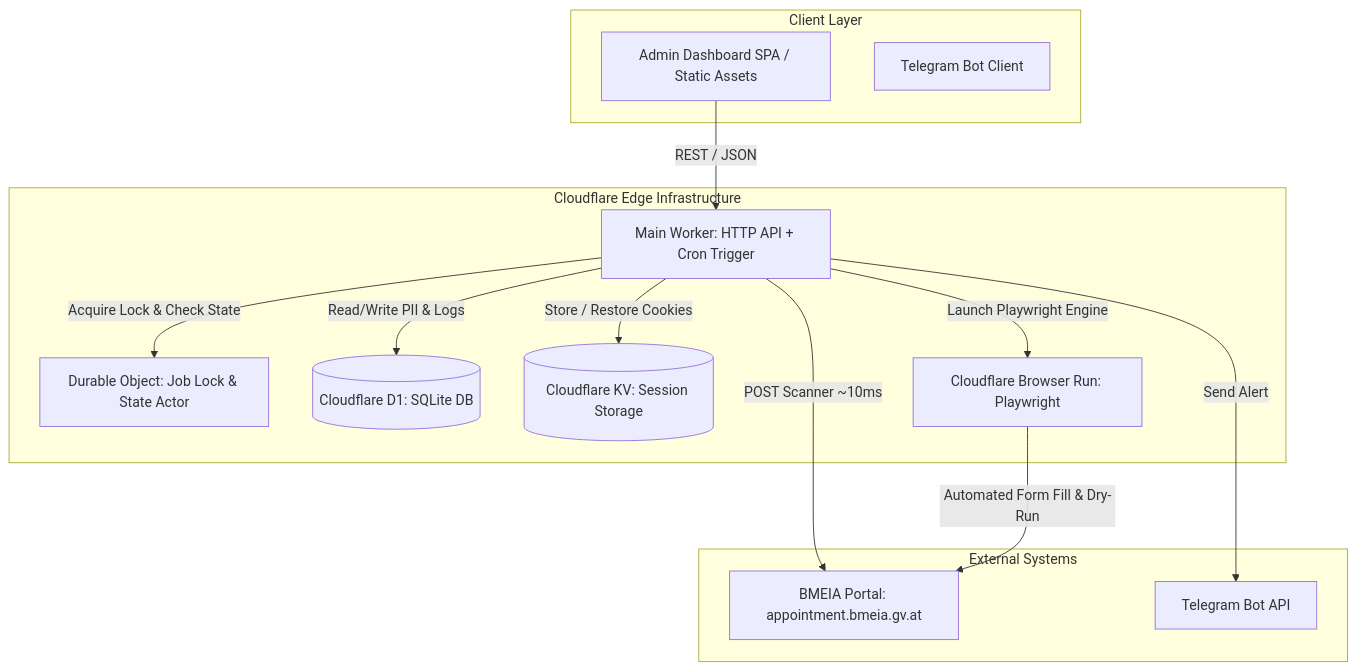
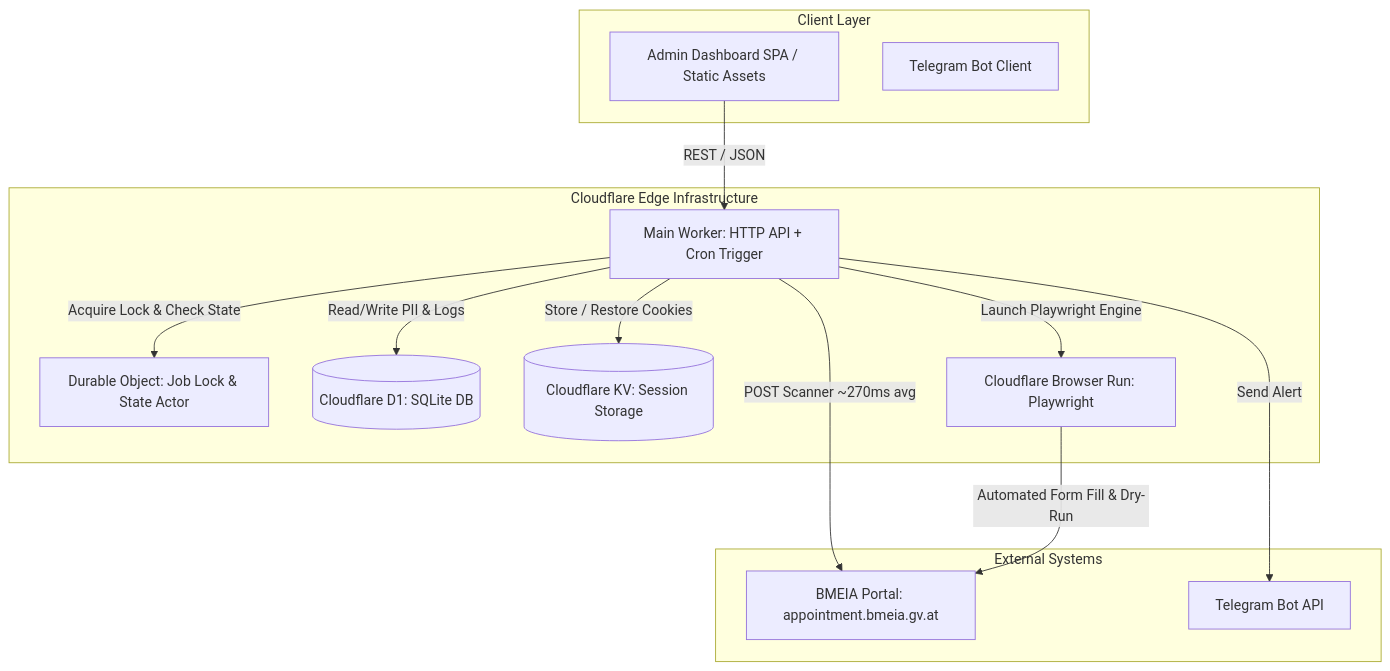
Before and after one commit to abdulsamed1/aegisflow: the first of 3 diagrams in docs/architecture.md, drawn with Mermaid. The commit also changed other lines of this file and 19 other files, not shown here.

````diff
--- a/docs/architecture.md
+++ b/docs/architecture.md
@@ -11,29 +11,29 @@
 ```mermaid
 flowchart TD
     subgraph Client Layer
         AdminUI[Admin Dashboard SPA / Static Assets]
         TGClient[Telegram Bot Client]
     end
 
     subgraph Cloudflare Edge Infrastructure
         Worker[Main Worker: HTTP API + Cron Trigger]
         DO[Durable Object: Job Lock & State Actor]
         D1[(Cloudflare D1: SQLite DB)]
         KV[(Cloudflare KV: Session Storage)]
         BrowserRun[Cloudflare Browser Run: Playwright]
     end
 
     subgraph External Systems
         BMEIA[BMEIA Portal: appointment.bmeia.gv.at]
         TelegramAPI[Telegram Bot API]
     end
 
     AdminUI -->|REST / JSON| Worker
     Worker -->|Read/Write PII & Logs| D1
     Worker -->|Acquire Lock & Check State| DO
     Worker -->|Store / Restore Cookies| KV
-    Worker -->|POST Scanner ~10ms| BMEIA
+    Worker -->|POST Scanner ~270ms avg| BMEIA
     Worker -->|Launch Playwright Engine| BrowserRun
     BrowserRun -->|Automated Form Fill & Dry-Run| BMEIA
     Worker -->|Send Alert| TelegramAPI
 ```
````
